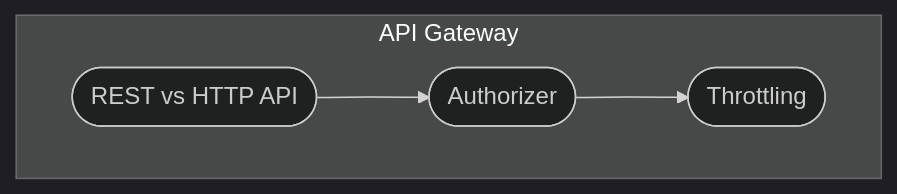
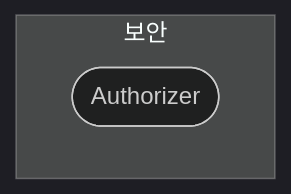
One commit to gwonmin/QuizNox_front changed the second of 4 diagrams in public/handbook/dva/overview.md. Above: the diagram before and after it, drawn with Mermaid (dark theme). The commit also changed other lines of this file and 125 other files, not shown here.

````diff
--- a/public/handbook/dva/overview.md
+++ b/public/handbook/dva/overview.md
@@ -25,9 +85,6 @@
 ```mermaid
 flowchart TB
-  subgraph api [API Gateway]
-    RH([REST vs HTTP API])
+  subgraph security [보안]
     AZ([Authorizer])
-    TH([Throttling])
   end
-  RH --> AZ --> TH
 ```
````
